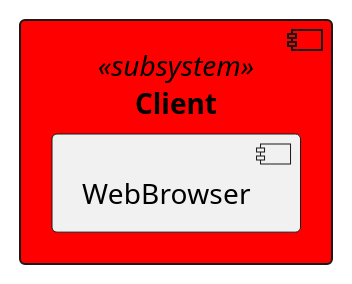
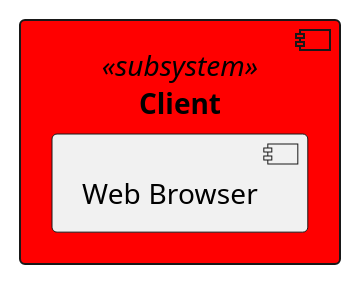
The diagram in _DD/Images/componentDiagrams/componentDiagramClient.wsd (Angelo7672/SE2_Requirement-and-Design-Document), drawn with PlantUML before and after one commit. The commit also changed 5 other files, not shown here.

Commit message:
Component Diagram section update

```diff
--- a/_DD/Images/componentDiagrams/componentDiagramClient.wsd
+++ b/_DD/Images/componentDiagrams/componentDiagramClient.wsd
@@ -1,7 +1,7 @@
 @startuml
 
 component Client <<subsystem>> #Red{
-    component WebBrowser
+    component "Web Browser"
 }
 
 @enduml
```
